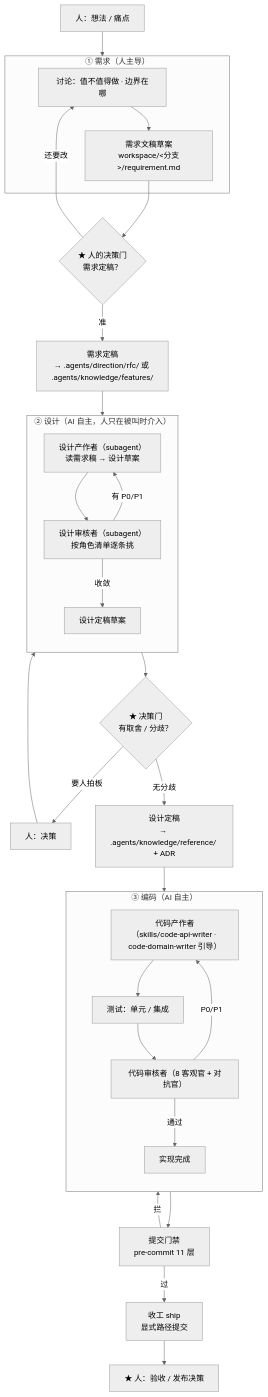
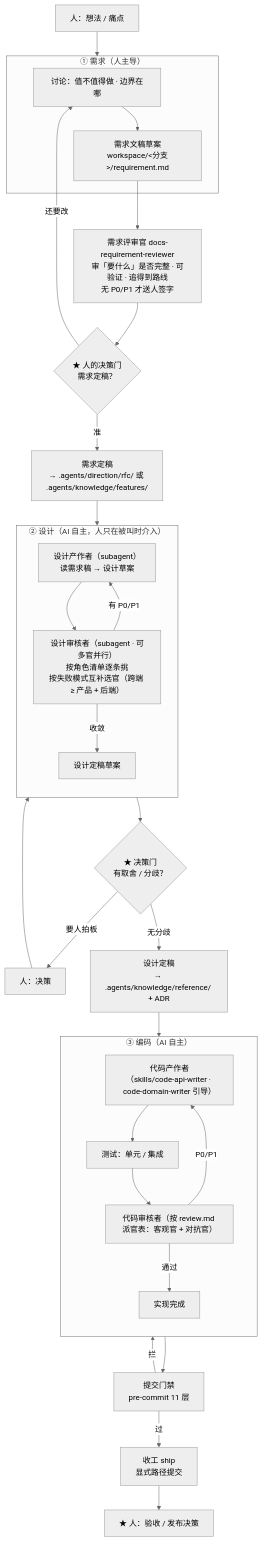
One commit to adaios/adaios changed the seventh of 9 diagrams in .agents/rules/assets/ai-context-engineering.md. Above: the diagram before and after it, drawn with Mermaid (neutral theme). The commit also changed other lines of this file and 7 other files, not shown here.

````diff
--- a/.agents/rules/assets/ai-context-engineering.md
+++ b/.agents/rules/assets/ai-context-engineering.md
@@ -235,47 +235,48 @@
 ```mermaid
 flowchart TD
     H0["人：想法 / 痛点"] --> P1
 
     subgraph P1["① 需求（人主导）"]
         D1["讨论：值不值得做 · 边界在哪"]
         D2["需求文稿草案<br/>workspace/&lt;分支&gt;/requirement.md"]
         D1 --> D2
     end
 
-    D2 --> G1{"★ 人的决策门<br/>需求定稿？"}
+    D2 --> RV["需求评审官 docs-requirement-reviewer<br/>审「要什么」是否完整 · 可验证 · 追得到路线<br/>无 P0/P1 才送人签字"]
+    RV --> G1{"★ 人的决策门<br/>需求定稿？"}
     G1 -->|"还要改"| D1
     G1 -->|"准"| R1["需求定稿<br/>→ .agents/direction/rfc/ 或 .agents/knowledge/features/"]
 
     R1 --> P2
 
     subgraph P2["② 设计（AI 自主，人只在被叫时介入）"]
         direction TB
         DA["设计产作者（subagent）<br/>读需求稿 → 设计草案"]
-        DV["设计审核者（subagent）<br/>按角色清单逐条挑"]
+        DV["设计审核者（subagent · 可多官并行）<br/>按角色清单逐条挑<br/>按失败模式互补选官（跨端 ≥ 产品 + 后端）"]
         DA --> DV
         DV -->|"有 P0/P1"| DA
         DV -->|"收敛"| D3["设计定稿草案"]
     end
 
     D3 --> G2{"★ 决策门<br/>有取舍 / 分歧？"}
     G2 -->|"要人拍板"| H1["人：决策"]
     H1 --> DA
     G2 -->|"无分歧"| R2["设计定稿<br/>→ .agents/knowledge/reference/ + ADR"]
 
     R2 --> P3
 
     subgraph P3["③ 编码（AI 自主）"]
         direction TB
         CA["代码产作者<br/>（skills/code-api-writer · code-domain-writer 引导）"]
         TS["测试：单元 / 集成"]
-        CV["代码审核者（8 客观官 + 对抗官）"]
+        CV["代码审核者（按 review.md 派官表：客观官 + 对抗官）"]
         CA --> TS --> CV
         CV -->|"P0/P1"| CA
         CV -->|"通过"| D4["实现完成"]
     end
 
     D4 --> G3["提交门禁<br/>pre-commit 11 层"]
     G3 -->|"拦"| CA
     G3 -->|"过"| S1["收工 ship<br/>显式路径提交"]
     S1 --> H2["★ 人：验收 / 发布决策"]
 ```
````
